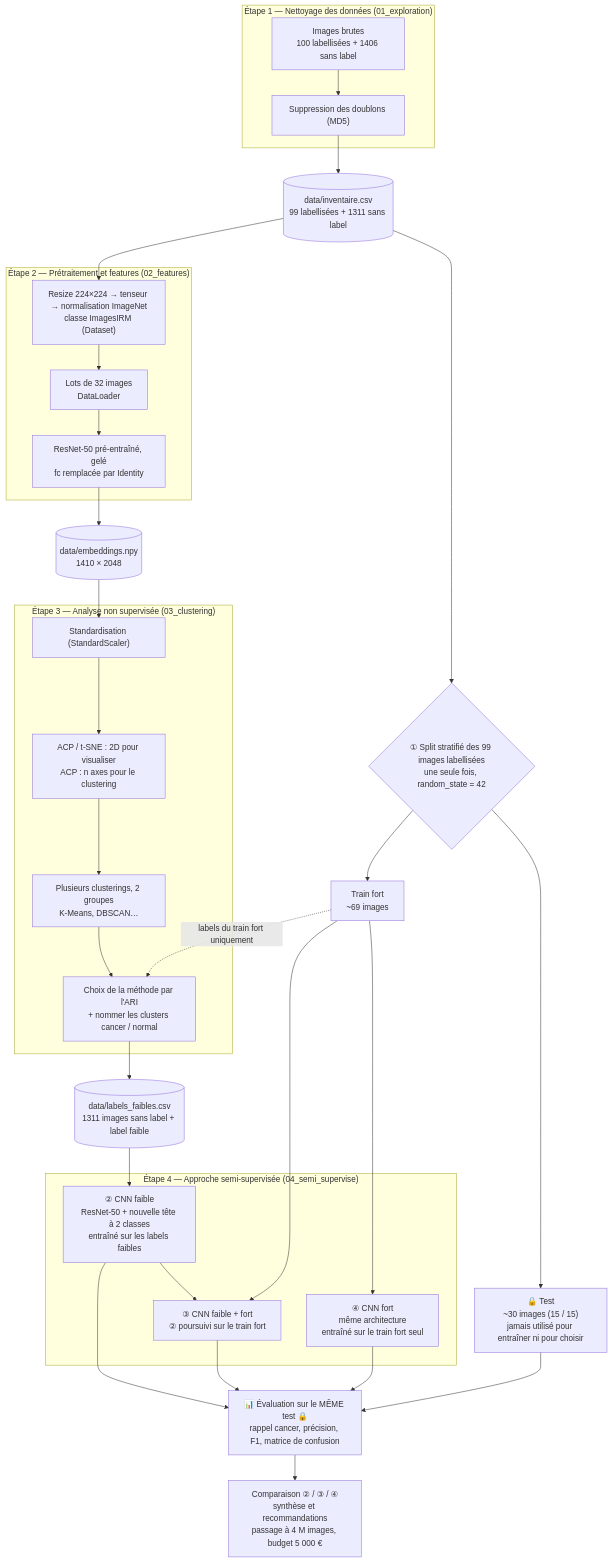
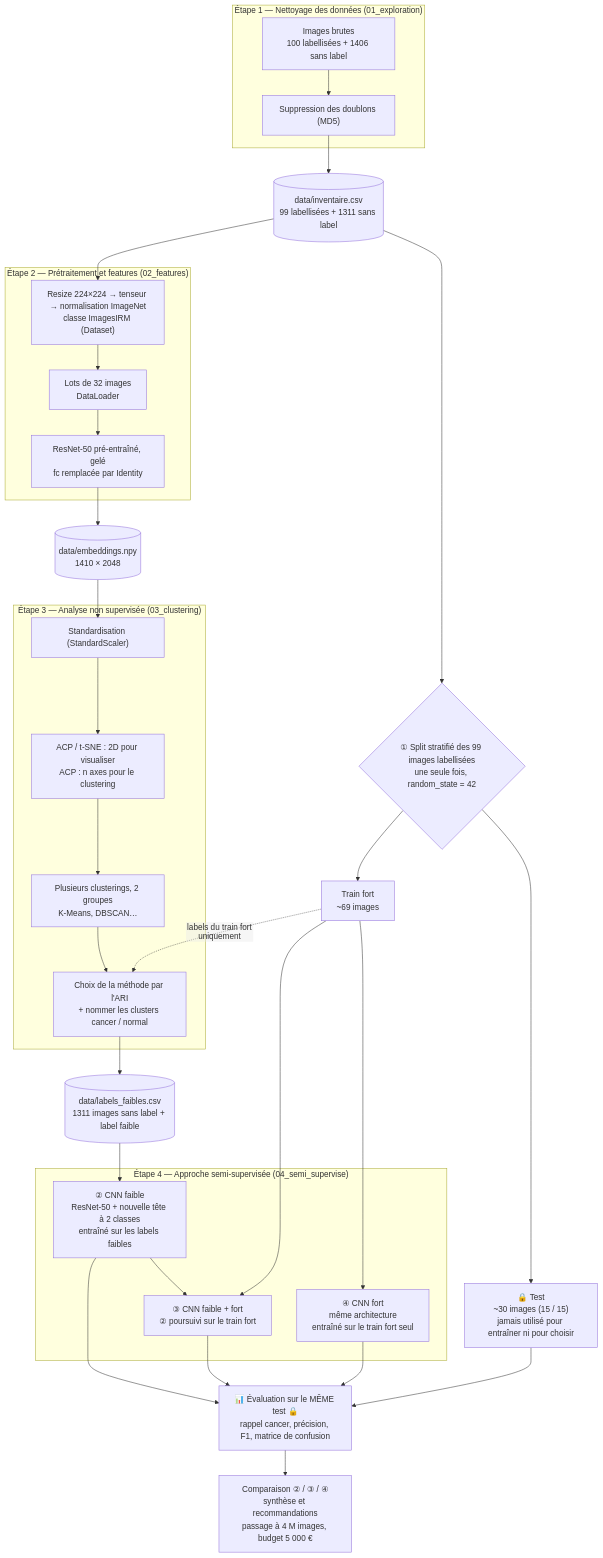
Before and after one commit to matthieudevivie/Projet-7---Labellisez-et-appliquez-des-approches-semi-supervisees-en-traitement-d-images: the diagram in docs/pipeline.md, drawn with Mermaid. The commit also changed 1 other file, not shown here.

Commit message:
Étape 2 : conclusion et mise à jour du schéma

````diff
--- a/docs/pipeline.md
+++ b/docs/pipeline.md
@@ -1,41 +1,42 @@
 ```mermaid
+%%{init: {"themeVariables": {"fontFamily": "Arial, sans-serif"}, "flowchart": {"htmlLabels": false}}}%%
 flowchart TD
     subgraph E1["Étape 1 — Nettoyage des données (01_exploration)"]
         A["Images brutes<br/>100 labellisées + 1406 sans label"] --> B["Suppression des doublons (MD5)"]
     end
     B --> INV[("data/inventaire.csv<br/>99 labellisées + 1311 sans label")]
 
     INV --> SPLIT{"① Split stratifié des 99 images labellisées<br/>une seule fois, random_state = 42"}
     SPLIT --> TRF["Train fort<br/>~69 images"]
     SPLIT --> TEST["🔒 Test<br/>~30 images (15 / 15)<br/>jamais utilisé pour entraîner ni pour choisir"]
 
     subgraph E2["Étape 2 — Prétraitement et features (02_features)"]
         P["Resize 224×224 → tenseur → normalisation ImageNet<br/>classe ImagesIRM (Dataset)"] --> L["Lots de 32 images<br/>DataLoader"]
         L --> R["ResNet-50 pré-entraîné, gelé<br/>fc remplacée par Identity"]
     end
     INV --> P
     R --> EMB[("data/embeddings.npy<br/>1410 × 2048")]
 
     subgraph E3["Étape 3 — Analyse non supervisée (03_clustering)"]
         S["Standardisation (StandardScaler)"] --> ACP["ACP / t-SNE : 2D pour visualiser<br/>ACP : n axes pour le clustering"]
         ACP --> CL["Plusieurs clusterings, 2 groupes<br/>K-Means, DBSCAN…"]
         CL --> ARI["Choix de la méthode par l'ARI<br/>+ nommer les clusters cancer / normal"]
     end
     EMB --> S
     TRF -. "labels du train fort uniquement" .-> ARI
     ARI --> LF[("data/labels_faibles.csv<br/>1311 images sans label + label faible")]
 
     subgraph E4["Étape 4 — Approche semi-supervisée (04_semi_supervise)"]
         M2["② CNN faible<br/>ResNet-50 + nouvelle tête à 2 classes<br/>entraîné sur les labels faibles"] --> M3["③ CNN faible + fort<br/>② poursuivi sur le train fort"]
         M4["④ CNN fort<br/>même architecture<br/>entraîné sur le train fort seul"]
     end
     LF --> M2
     TRF --> M3
     TRF --> M4
 
     M2 --> EV["📊 Évaluation sur le MÊME test 🔒<br/>rappel cancer, précision, F1, matrice de confusion"]
     M3 --> EV
     M4 --> EV
     TEST --> EV
     EV --> CMP["Comparaison ② / ③ / ④<br/>synthèse et recommandations<br/>passage à 4 M images, budget 5 000 €"]
 ```
````
